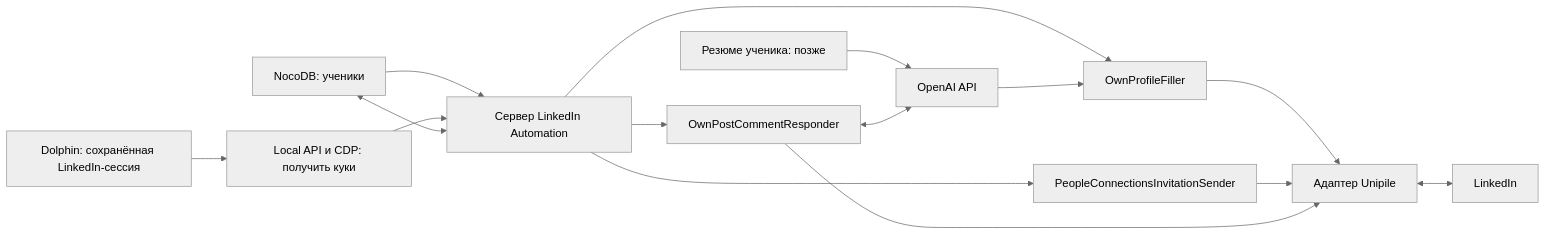
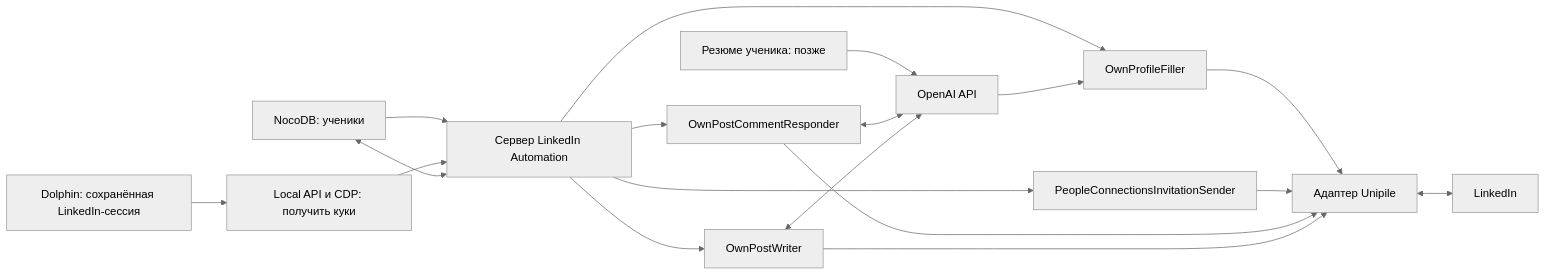
One commit to Kira2K/unicorn-autoresponder changed the diagram in src/features/linkedin-automation/ARCHITECTURE.md. Above: the diagram before and after it, drawn with Mermaid (neutral theme). The commit also changed other lines of this file and 2 other files, not shown here.

Commit message:
docs: define LinkedIn post writer architecture

````diff
--- a/src/features/linkedin-automation/ARCHITECTURE.md
+++ b/src/features/linkedin-automation/ARCHITECTURE.md
@@ -13,20 +13,23 @@
 ```mermaid
 flowchart LR
     N["NocoDB: ученики"] --> B["Сервер LinkedIn Automation"]
     D["Dolphin: сохранённая LinkedIn-сессия"] --> C["Local API и CDP: получить куки"]
     C --> B
     B <--> N
 
     B --> PF["OwnProfileFiller"]
     B --> CI["PeopleConnectionsInvitationSender"]
     B --> CR["OwnPostCommentResponder"]
+    B --> PW["OwnPostWriter"]
 
     PF --> U["Адаптер Unipile"]
     CI --> U
     CR --> U
+    PW --> U
     U <--> L["LinkedIn"]
 
     CV["Резюме ученика: позже"] --> O["OpenAI API"]
     O --> PF
     CR <--> O
+    PW <--> O
 ```
````
